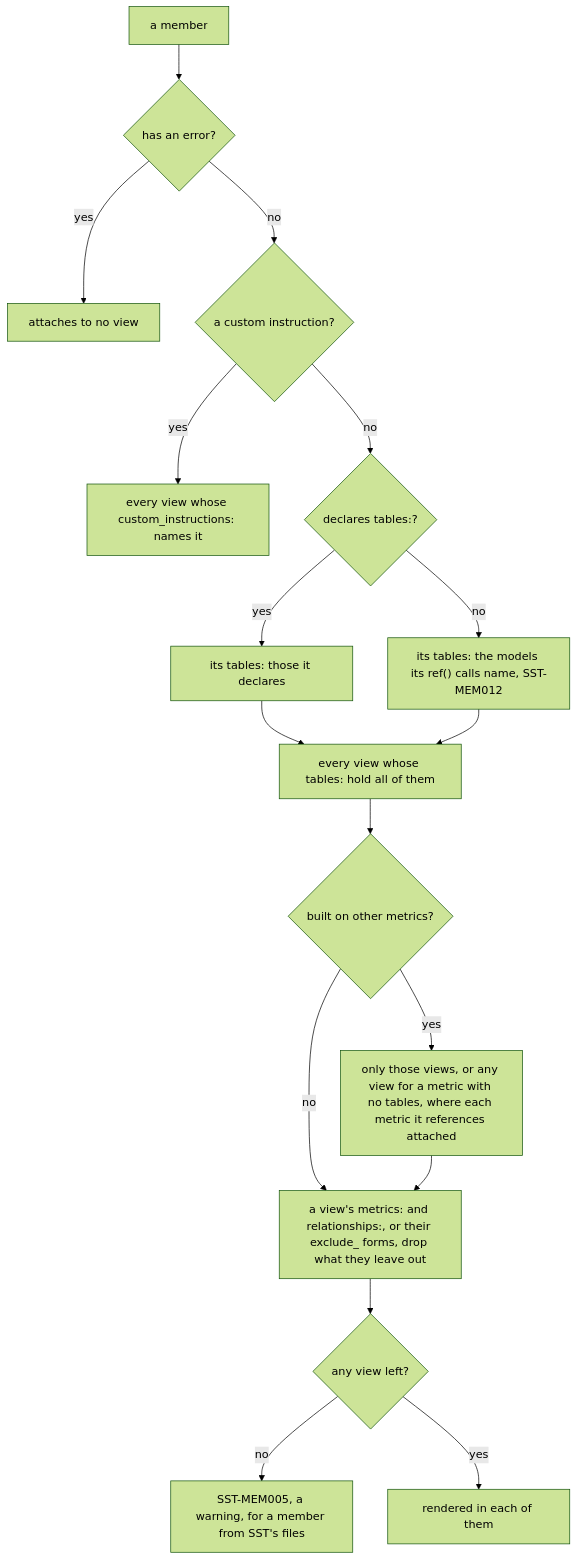
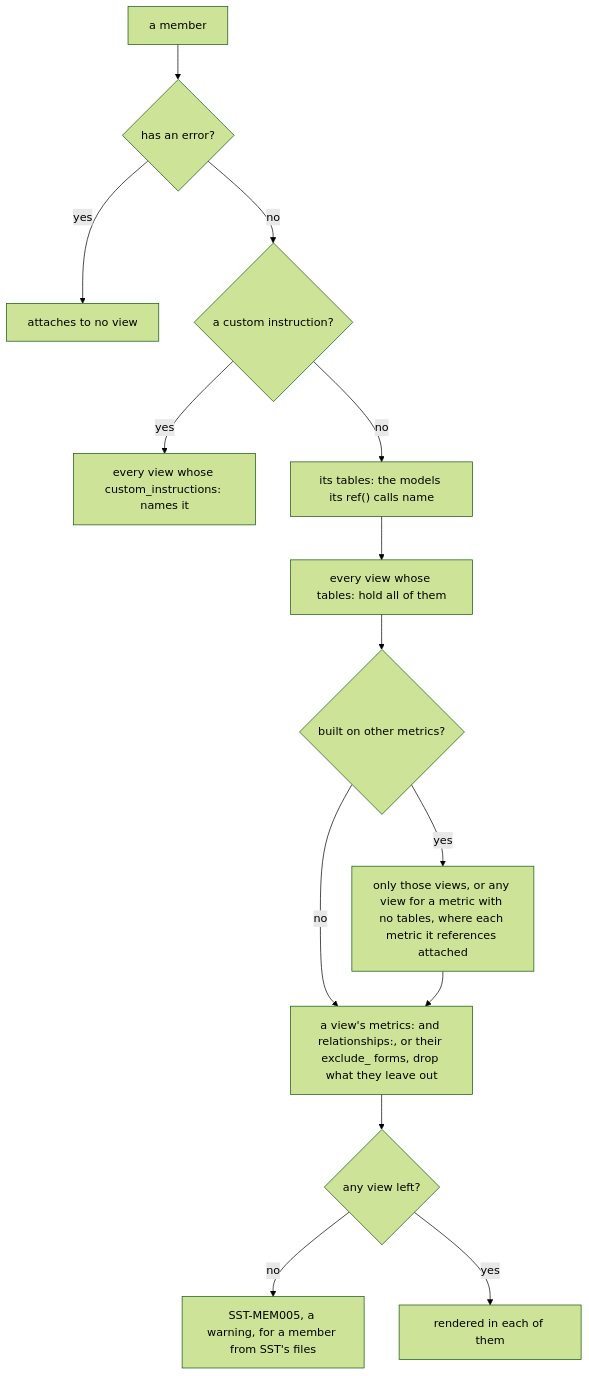
Before and after one commit to WhoopInc/snowflake-semantic-tools: the diagram in docs/guides/semantic-views.md, drawn with Mermaid (forest theme). The commit also changed other lines of this file and 19 other files, not shown here.

First line of the commit message:
docs: describe inferred member tables, ref() endpoints and template references

````diff
--- a/docs/guides/semantic-views.md
+++ b/docs/guides/semantic-views.md
@@ -79,19 +79,16 @@
 ```mermaid
 flowchart TD
     member["a member"] --> poisoned{"has an error?"}
     poisoned -- yes --> nowhere["attaches to no view"]
     poisoned -- no --> instruction{"a custom instruction?"}
     instruction -- yes --> named["every view whose custom_instructions: names it"]
-    instruction -- no --> declared{"declares tables:?"}
-    declared -- yes --> own["its tables: those it declares"]
-    declared -- no --> inferred["its tables: the models its ref() calls name, SST-MEM012"]
-    own --> subset["every view whose tables: hold all of them"]
-    inferred --> subset
+    instruction -- no --> inferred["its tables: the models its ref() calls name"]
+    inferred --> subset["every view whose tables: hold all of them"]
     subset --> built{"built on other metrics?"}
     built -- yes --> both["only those views, or any view for a metric with no tables, where each metric it references attached"]
     built -- no --> scope
     both --> scope["a view's metrics: and relationships:, or their exclude_ forms, drop what they leave out"]
     scope --> remaining{"any view left?"}
     remaining -- no --> unattached["SST-MEM005, a warning, for a member from SST's files"]
     remaining -- yes --> rendered["rendered in each of them"]
 ```
````
